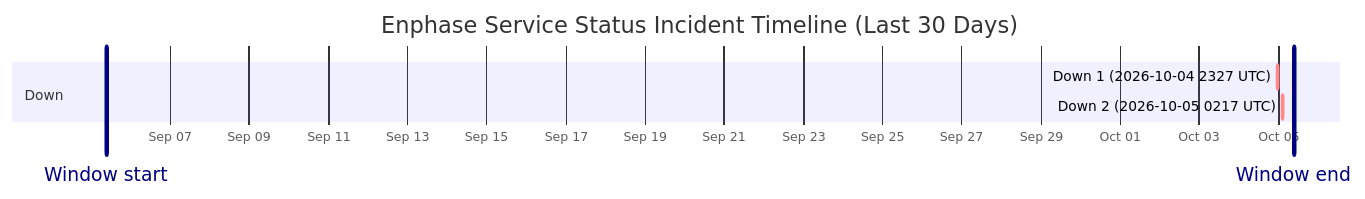
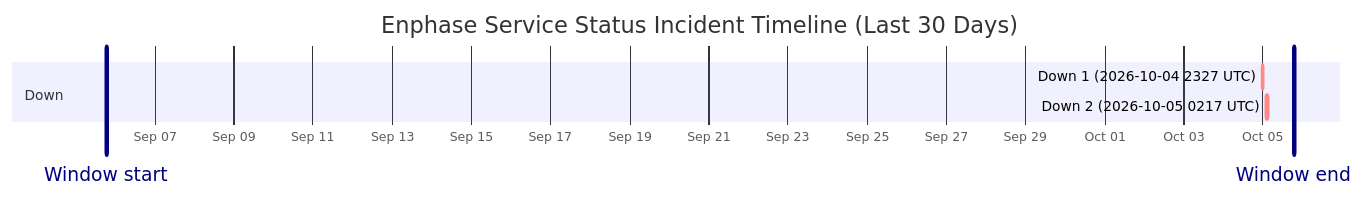
The diagram in wiki/Service-Status-History.md (barneyonline/ha-enphase-energy), drawn with Mermaid before and after one commit. The commit also changed other lines of this file and 3 other files, not shown here.

````diff
--- a/wiki/Service-Status-History.md
+++ b/wiki/Service-Status-History.md
@@ -14,11 +14,11 @@
 ```mermaid
 gantt
     title Enphase Service Status Incident Timeline (Last 30 Days)
     dateFormat  YYYY-MM-DDTHH:mm:ss
     axisFormat  %b %d
-    Window start :vert, window-start, 2026-09-05T09:27:07, 0ms
-    Window end :vert, window-end, 2026-10-05T09:27:07, 0ms
+    Window start :vert, window-start, 2026-09-05T18:45:01, 0ms
+    Window end :vert, window-end, 2026-10-05T18:45:01, 0ms
     section Down
     Down 1 (2026-10-04 2327 UTC) :crit, down-1, 2026-10-04T23:27:34, 60m
     Down 2 (2026-10-05 0217 UTC) :crit, down-2, 2026-10-05T02:17:30, 60m
 ```
````
